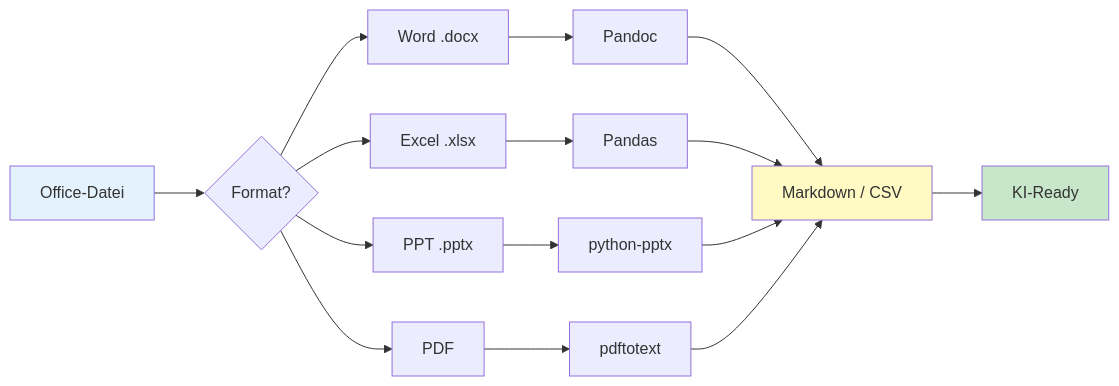
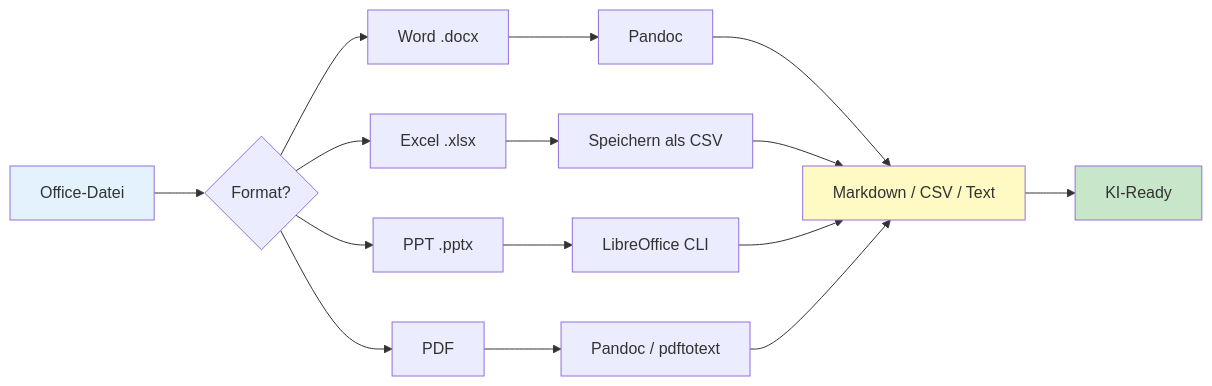
Before and after one commit to justinsz/ProPrompt: the third of 4 diagrams in office_de.md, drawn with Mermaid. The commit also changed other lines of this file and 5 other files, not shown here.

First line of the commit message:
Add Security & Privacy guides (DE+EN), remove Python from Office guides

````diff
--- a/office_de.md
+++ b/office_de.md
@@ -311,20 +332,20 @@
 ```mermaid
 flowchart LR
     A[Office-Datei] --> B{Format?}
     B --> C[Word .docx]
     B --> D[Excel .xlsx]
     B --> E[PPT .pptx]
     B --> F[PDF]
 
     C --> G[Pandoc]
-    D --> H[Pandas]
-    E --> I[python-pptx]
-    F --> J[pdftotext]
+    D --> H[Speichern als CSV]
+    E --> I[LibreOffice CLI]
+    F --> J[Pandoc / pdftotext]
 
-    G & H & I & J --> K[Markdown / CSV]
+    G & H & I & J --> K[Markdown / CSV / Text]
     K --> L[KI-Ready]
 
     style A fill:#e3f2fd
     style K fill:#fff9c4
     style L fill:#c8e6c9
 ```
````
